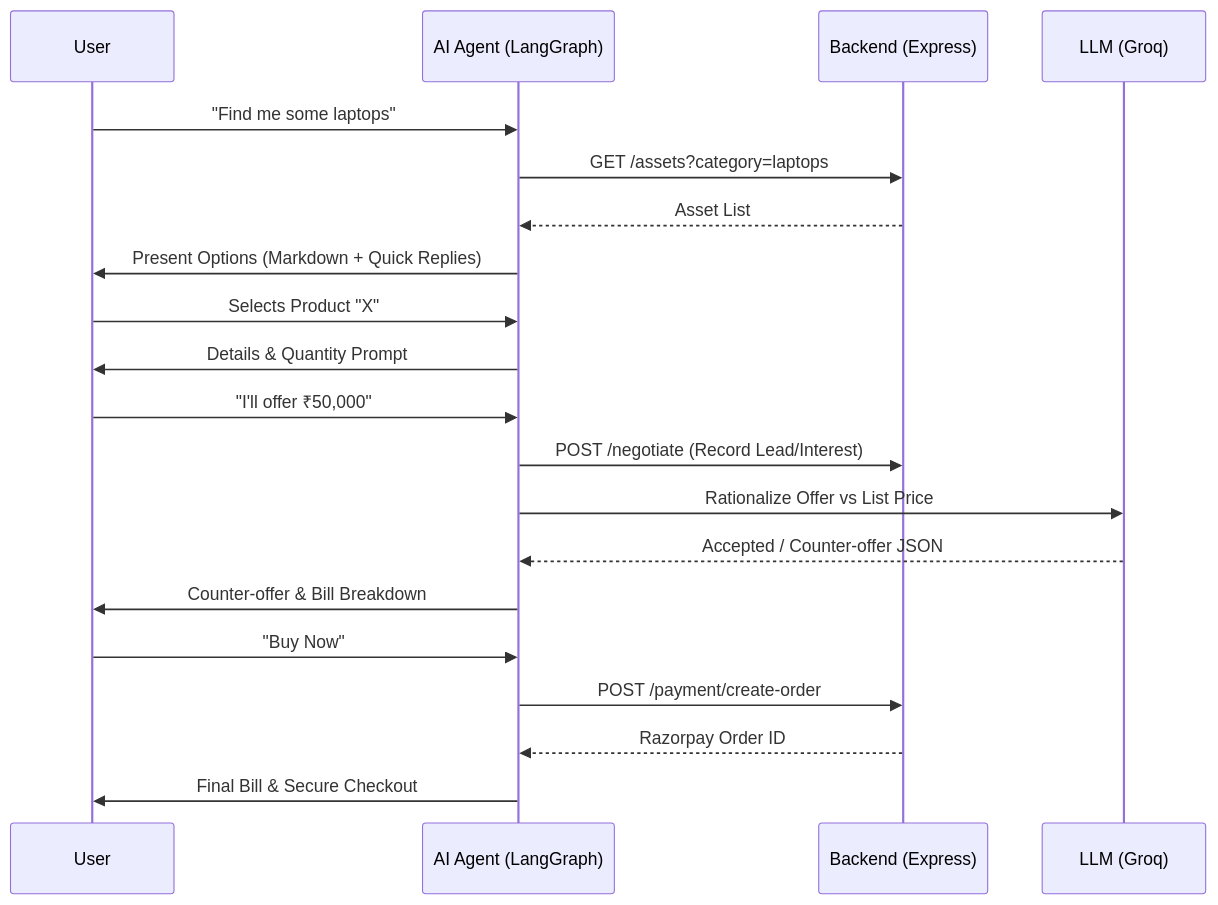
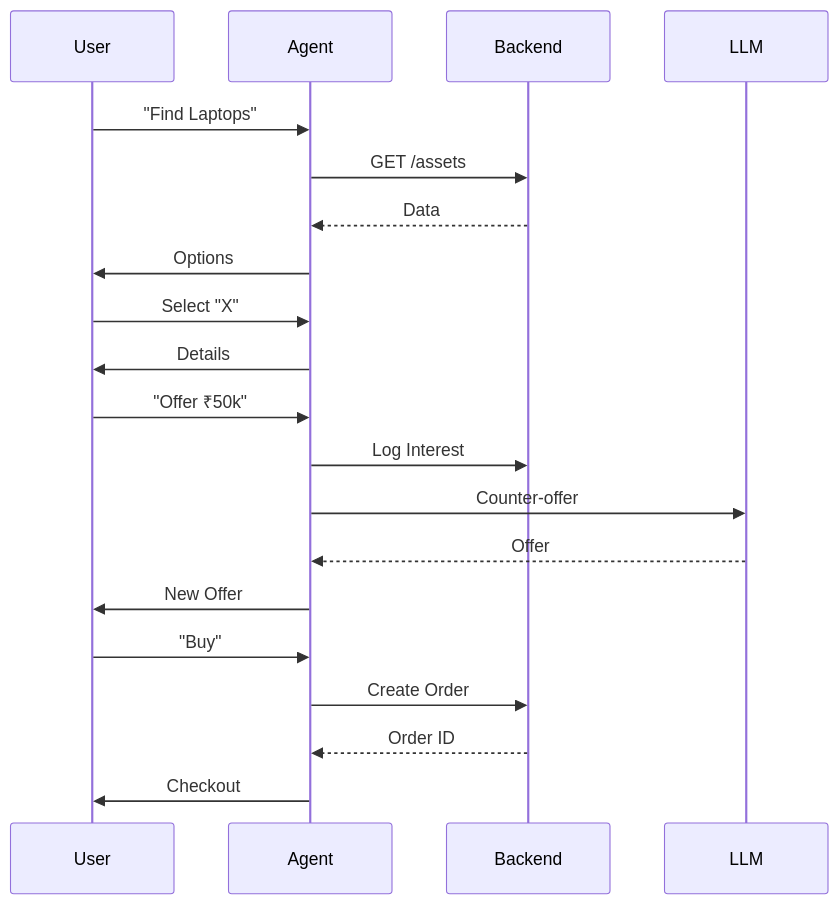
One commit to Aman-kumar-git12/TrustTradeAgent changed the second of 2 diagrams in README.md. Above: the diagram before and after it, drawn with Mermaid. The commit also changed other lines of this file, not shown here.

Commit message:
docs: condense diagrams for better readability

````diff
--- a/README.md
+++ b/README.md
@@ -46,26 +38,26 @@
 ```mermaid
 sequenceDiagram
     participant U as User
-    participant A as AI Agent (LangGraph)
-    participant B as Backend (Express)
-    participant L as LLM (Groq)
+    participant A as Agent
+    participant B as Backend
+    participant L as LLM
 
-    U->>A: "Find me some laptops"
-    A->>B: GET /assets?category=laptops
-    B-->>A: Asset List
-    A->>U: Present Options (Markdown + Quick Replies)
+    U->>A: "Find Laptops"
+    A->>B: GET /assets
+    B-->>A: Data
+    A->>U: Options
     
-    U->>A: Selects Product "X"
-    A->>U: Details & Quantity Prompt
+    U->>A: Select "X"
+    A->>U: Details
     
-    U->>A: "I'll offer ₹50,000"
-    A->>B: POST /negotiate (Record Lead/Interest)
-    A->>L: Rationalize Offer vs List Price
-    L-->>A: Accepted / Counter-offer JSON
-    A->>U: Counter-offer & Bill Breakdown
+    U->>A: "Offer ₹50k"
+    A->>B: Log Interest
+    A->>L: Counter-offer
+    L-->>A: Offer
+    A->>U: New Offer
     
-    U->>A: "Buy Now"
-    A->>B: POST /payment/create-order
-    B-->>A: Razorpay Order ID
-    A->>U: Final Bill & Secure Checkout
+    U->>A: "Buy"
+    A->>B: Create Order
+    B-->>A: Order ID
+    A->>U: Checkout
 ```
````
